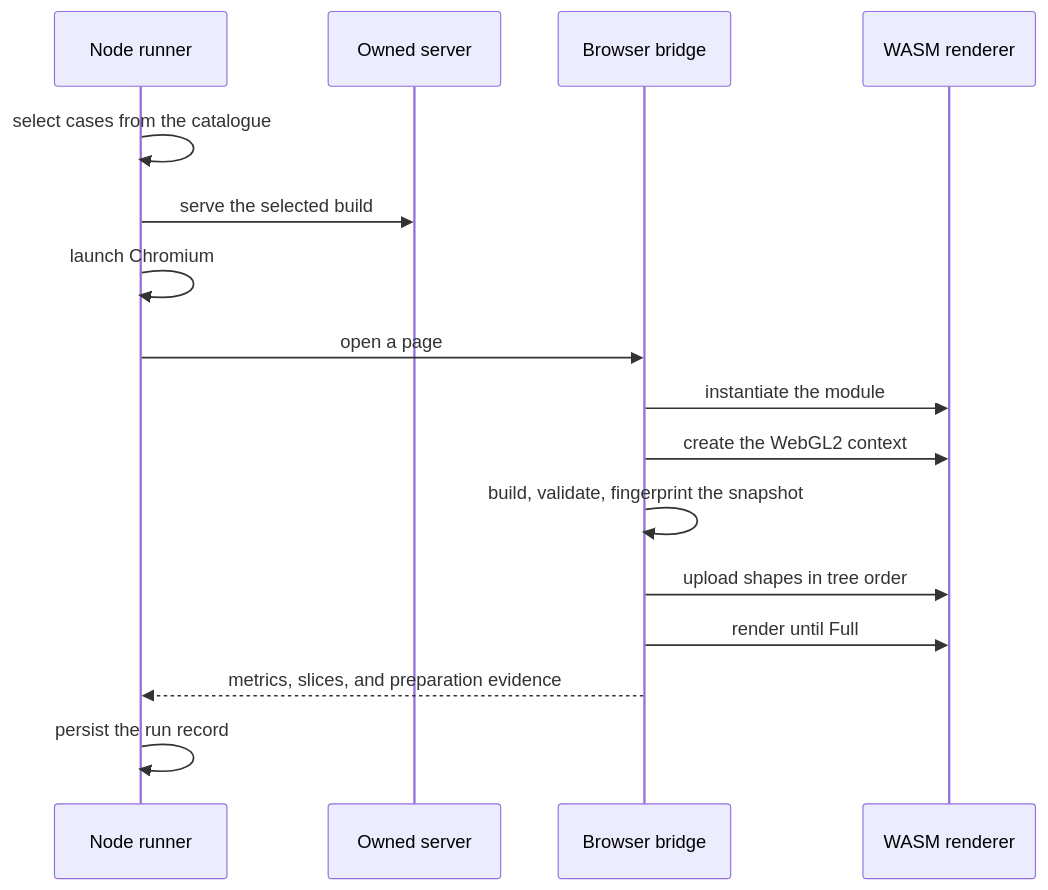
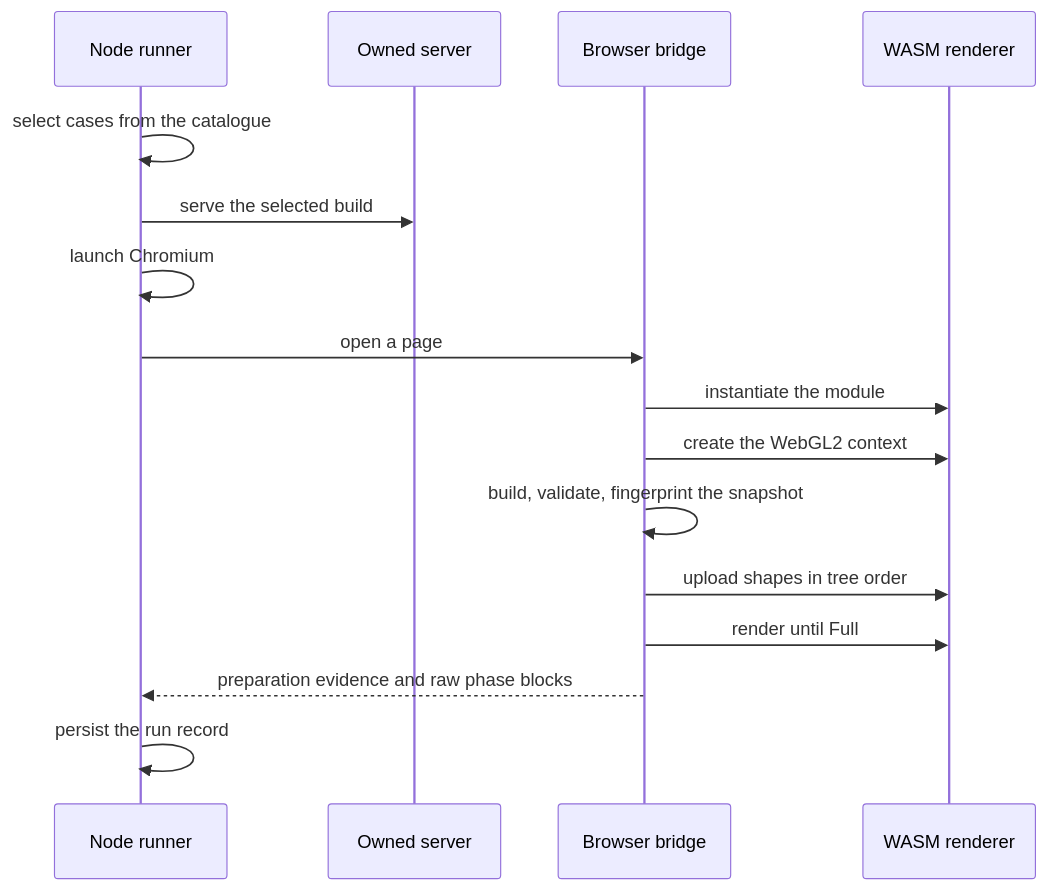
One commit to penpot/penpot changed the first of 2 diagrams in frontend/performance/benches/render_wasm/README.md. Above: the diagram before and after it, drawn with Mermaid. The commit also changed other lines of this file and 5 other files, not shown here.

````diff
--- a/frontend/performance/benches/render_wasm/README.md
+++ b/frontend/performance/benches/render_wasm/README.md
@@ -251,19 +251,19 @@
 ```mermaid
 sequenceDiagram
     participant N as Node runner
     participant S as Owned server
     participant B as Browser bridge
     participant W as WASM renderer
 
     N->>N: select cases from the catalogue
     N->>S: serve the selected build
     N->>N: launch Chromium
     N->>B: open a page
     B->>W: instantiate the module
     B->>W: create the WebGL2 context
     B->>B: build, validate, fingerprint the snapshot
     B->>W: upload shapes in tree order
     B->>W: render until Full
-    B-->>N: metrics, slices, and preparation evidence
+    B-->>N: preparation evidence and raw phase blocks
     N->>N: persist the run record
 ```
````
